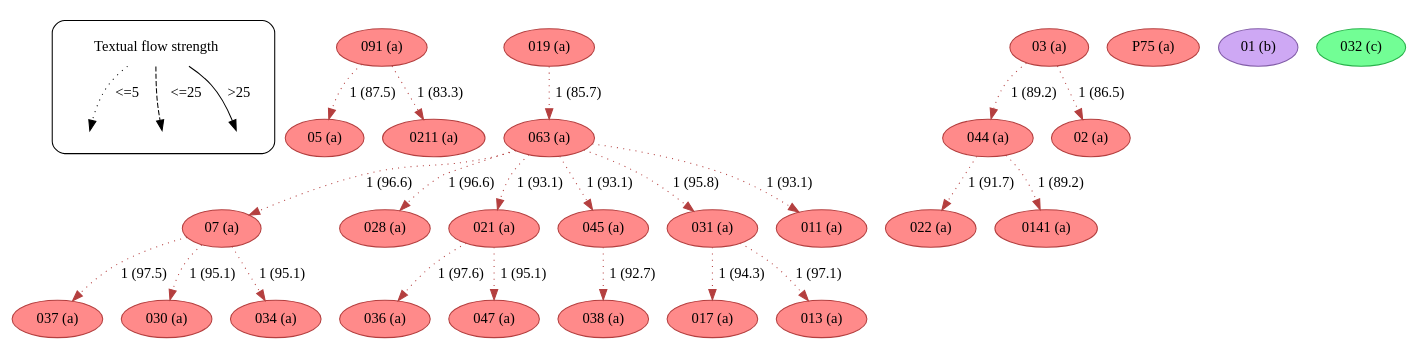
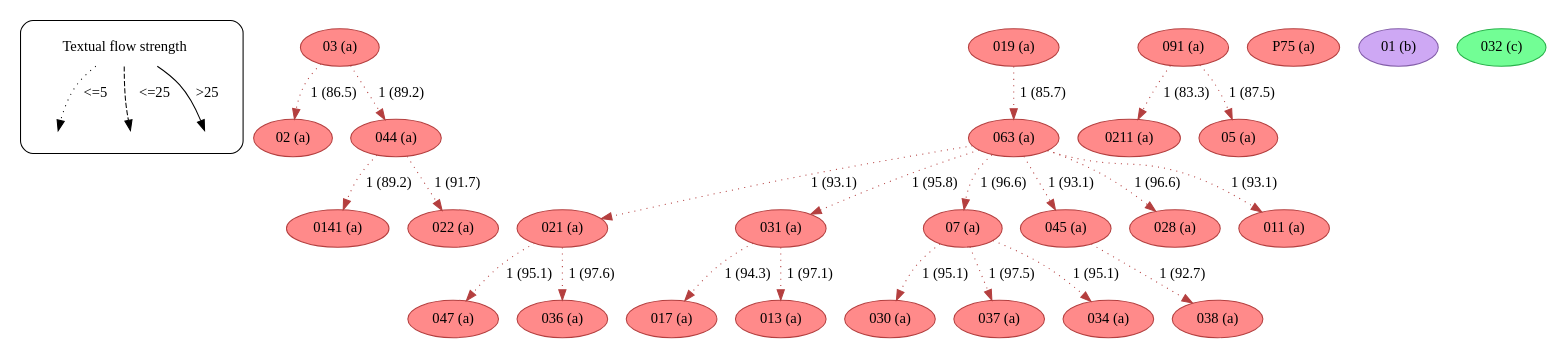
The diagram in example/c499/textual_flow_23_12-16_c499.dot (edmondac/CBGM), drawn with Graphviz before and after one commit. The commit also changed other lines of this file and 164 other files, not shown here.

```diff
--- a/example/c499/textual_flow_23_12-16_c499.dot
+++ b/example/c499/textual_flow_23_12-16_c499.dot
@@ -1,197 +1,197 @@
 strict digraph  {
 	node [label="\N"];
 	subgraph cluster_legend {
 		graph [style=rounded];
 		leg_s		 [label="Textual flow strength",
 			shape=plaintext];
 		leg_e1		 [fixedsize=True,
 			height=0.2,
 			label="",
 			style=invis];
 		leg_s -> leg_e1		 [label="<=5  ",
 			style=dotted];
 		leg_e2		 [fixedsize=True,
 			height=0.2,
 			label="",
 			style=invis];
 		leg_s -> leg_e2		 [label="  <=25",
 			style=dashed];
 		leg_e3		 [fixedsize=True,
 			height=0.2,
 			label="",
 			style=invis];
 		leg_s -> leg_e3		 [label=">25",
 			style=solid];
 	}
-	091	 [color="#b43f3f",
+	03	 [color="#b43f3f",
 		fillcolor="#FF8A8A",
-		label="091 (a)",
+		label="03 (a)",
 		style=filled];
-	05	 [color="#b43f3f",
+	02	 [color="#b43f3f",
 		fillcolor="#FF8A8A",
-		label="05 (a)",
+		label="02 (a)",
 		style=filled];
-	091 -> 05	 [color="#b43f3f",
-		label="1 (87.5)",
+	03 -> 02	 [color="#b43f3f",
+		label="1 (86.5)",
 		style=dotted];
-	0211	 [color="#b43f3f",
+	044	 [color="#b43f3f",
 		fillcolor="#FF8A8A",
-		label="0211 (a)",
+		label="044 (a)",
 		style=filled];
-	091 -> 0211	 [color="#b43f3f",
-		label="1 (83.3)",
+	03 -> 044	 [color="#b43f3f",
+		label="1 (89.2)",
+		style=dotted];
+	021	 [color="#b43f3f",
+		fillcolor="#FF8A8A",
+		label="021 (a)",
+		style=filled];
+	047	 [color="#b43f3f",
+		fillcolor="#FF8A8A",
+		label="047 (a)",
+		style=filled];
+	021 -> 047	 [color="#b43f3f",
+		label="1 (95.1)",
+		style=dotted];
+	036	 [color="#b43f3f",
+		fillcolor="#FF8A8A",
+		label="036 (a)",
+		style=filled];
+	021 -> 036	 [color="#b43f3f",
+		label="1 (97.6)",
 		style=dotted];
 	063	 [color="#b43f3f",
 		fillcolor="#FF8A8A",
 		label="063 (a)",
 		style=filled];
-	07	 [color="#b43f3f",
-		fillcolor="#FF8A8A",
-		label="07 (a)",
-		style=filled];
-	063 -> 07	 [color="#b43f3f",
-		label="1 (96.6)",
-		style=dotted];
-	028	 [color="#b43f3f",
-		fillcolor="#FF8A8A",
-		label="028 (a)",
-		style=filled];
-	063 -> 028	 [color="#b43f3f",
-		label="1 (96.6)",
-		style=dotted];
-	021	 [color="#b43f3f",
-		fillcolor="#FF8A8A",
-		label="021 (a)",
-		style=filled];
 	063 -> 021	 [color="#b43f3f",
-		label="1 (93.1)",
-		style=dotted];
-	045	 [color="#b43f3f",
-		fillcolor="#FF8A8A",
-		label="045 (a)",
-		style=filled];
-	063 -> 045	 [color="#b43f3f",
 		label="1 (93.1)",
 		style=dotted];
 	031	 [color="#b43f3f",
 		fillcolor="#FF8A8A",
 		label="031 (a)",
 		style=filled];
 	063 -> 031	 [color="#b43f3f",
 		label="1 (95.8)",
 		style=dotted];
+	07	 [color="#b43f3f",
+		fillcolor="#FF8A8A",
+		label="07 (a)",
+		style=filled];
+	063 -> 07	 [color="#b43f3f",
+		label="1 (96.6)",
+		style=dotted];
+	045	 [color="#b43f3f",
+		fillcolor="#FF8A8A",
+		label="045 (a)",
+		style=filled];
+	063 -> 045	 [color="#b43f3f",
+		label="1 (93.1)",
+		style=dotted];
+	028	 [color="#b43f3f",
+		fillcolor="#FF8A8A",
+		label="028 (a)",
+		style=filled];
+	063 -> 028	 [color="#b43f3f",
+		label="1 (96.6)",
+		style=dotted];
 	011	 [color="#b43f3f",
 		fillcolor="#FF8A8A",
 		label="011 (a)",
 		style=filled];
 	063 -> 011	 [color="#b43f3f",
 		label="1 (93.1)",
-		style=dotted];
-	037	 [color="#b43f3f",
-		fillcolor="#FF8A8A",
-		label="037 (a)",
-		style=filled];
-	07 -> 037	 [color="#b43f3f",
-		label="1 (97.5)",
-		style=dotted];
-	030	 [color="#b43f3f",
-		fillcolor="#FF8A8A",
-		label="030 (a)",
-		style=filled];
-	07 -> 030	 [color="#b43f3f",
-		label="1 (95.1)",
-		style=dotted];
-	034	 [color="#b43f3f",
-		fillcolor="#FF8A8A",
-		label="034 (a)",
-		style=filled];
-	07 -> 034	 [color="#b43f3f",
-		label="1 (95.1)",
-		style=dotted];
-	036	 [color="#b43f3f",
-		fillcolor="#FF8A8A",
-		label="036 (a)",
-		style=filled];
-	021 -> 036	 [color="#b43f3f",
-		label="1 (97.6)",
-		style=dotted];
-	047	 [color="#b43f3f",
-		fillcolor="#FF8A8A",
-		label="047 (a)",
-		style=filled];
-	021 -> 047	 [color="#b43f3f",
-		label="1 (95.1)",
-		style=dotted];
-	03	 [color="#b43f3f",
-		fillcolor="#FF8A8A",
-		label="03 (a)",
-		style=filled];
-	044	 [color="#b43f3f",
-		fillcolor="#FF8A8A",
-		label="044 (a)",
-		style=filled];
-	03 -> 044	 [color="#b43f3f",
-		label="1 (89.2)",
-		style=dotted];
-	02	 [color="#b43f3f",
-		fillcolor="#FF8A8A",
-		label="02 (a)",
-		style=filled];
-	03 -> 02	 [color="#b43f3f",
-		label="1 (86.5)",
-		style=dotted];
-	022	 [color="#b43f3f",
-		fillcolor="#FF8A8A",
-		label="022 (a)",
-		style=filled];
-	044 -> 022	 [color="#b43f3f",
-		label="1 (91.7)",
-		style=dotted];
-	0141	 [color="#b43f3f",
-		fillcolor="#FF8A8A",
-		label="0141 (a)",
-		style=filled];
-	044 -> 0141	 [color="#b43f3f",
-		label="1 (89.2)",
-		style=dotted];
-	038	 [color="#b43f3f",
-		fillcolor="#FF8A8A",
-		label="038 (a)",
-		style=filled];
-	045 -> 038	 [color="#b43f3f",
-		label="1 (92.7)",
 		style=dotted];
 	017	 [color="#b43f3f",
 		fillcolor="#FF8A8A",
 		label="017 (a)",
 		style=filled];
 	031 -> 017	 [color="#b43f3f",
 		label="1 (94.3)",
 		style=dotted];
 	013	 [color="#b43f3f",
 		fillcolor="#FF8A8A",
 		label="013 (a)",
 		style=filled];
 	031 -> 013	 [color="#b43f3f",
 		label="1 (97.1)",
 		style=dotted];
+	030	 [color="#b43f3f",
+		fillcolor="#FF8A8A",
+		label="030 (a)",
+		style=filled];
+	07 -> 030	 [color="#b43f3f",
+		label="1 (95.1)",
+		style=dotted];
+	037	 [color="#b43f3f",
+		fillcolor="#FF8A8A",
+		label="037 (a)",
+		style=filled];
+	07 -> 037	 [color="#b43f3f",
+		label="1 (97.5)",
+		style=dotted];
+	034	 [color="#b43f3f",
+		fillcolor="#FF8A8A",
+		label="034 (a)",
+		style=filled];
+	07 -> 034	 [color="#b43f3f",
+		label="1 (95.1)",
+		style=dotted];
+	091	 [color="#b43f3f",
+		fillcolor="#FF8A8A",
+		label="091 (a)",
+		style=filled];
+	0211	 [color="#b43f3f",
+		fillcolor="#FF8A8A",
+		label="0211 (a)",
+		style=filled];
+	091 -> 0211	 [color="#b43f3f",
+		label="1 (83.3)",
+		style=dotted];
+	05	 [color="#b43f3f",
+		fillcolor="#FF8A8A",
+		label="05 (a)",
+		style=filled];
+	091 -> 05	 [color="#b43f3f",
+		label="1 (87.5)",
+		style=dotted];
 	019	 [color="#b43f3f",
 		fillcolor="#FF8A8A",
 		label="019 (a)",
 		style=filled];
 	019 -> 063	 [color="#b43f3f",
 		label="1 (85.7)",
+		style=dotted];
+	038	 [color="#b43f3f",
+		fillcolor="#FF8A8A",
+		label="038 (a)",
+		style=filled];
+	045 -> 038	 [color="#b43f3f",
+		label="1 (92.7)",
+		style=dotted];
+	0141	 [color="#b43f3f",
+		fillcolor="#FF8A8A",
+		label="0141 (a)",
+		style=filled];
+	044 -> 0141	 [color="#b43f3f",
+		label="1 (89.2)",
+		style=dotted];
+	022	 [color="#b43f3f",
+		fillcolor="#FF8A8A",
+		label="022 (a)",
+		style=filled];
+	044 -> 022	 [color="#b43f3f",
+		label="1 (91.7)",
 		style=dotted];
 	P75	 [color="#b43f3f",
 		fillcolor="#FF8A8A",
 		label="P75 (a)",
 		style=filled];
 	01	 [color="#835da9",
 		fillcolor="#CEA8F4",
 		label="01 (b)",
 		style=filled];
 	032	 [color="#27b34a",
 		fillcolor="#72FE95",
 		label="032 (c)",
 		style=filled];
 }
```
